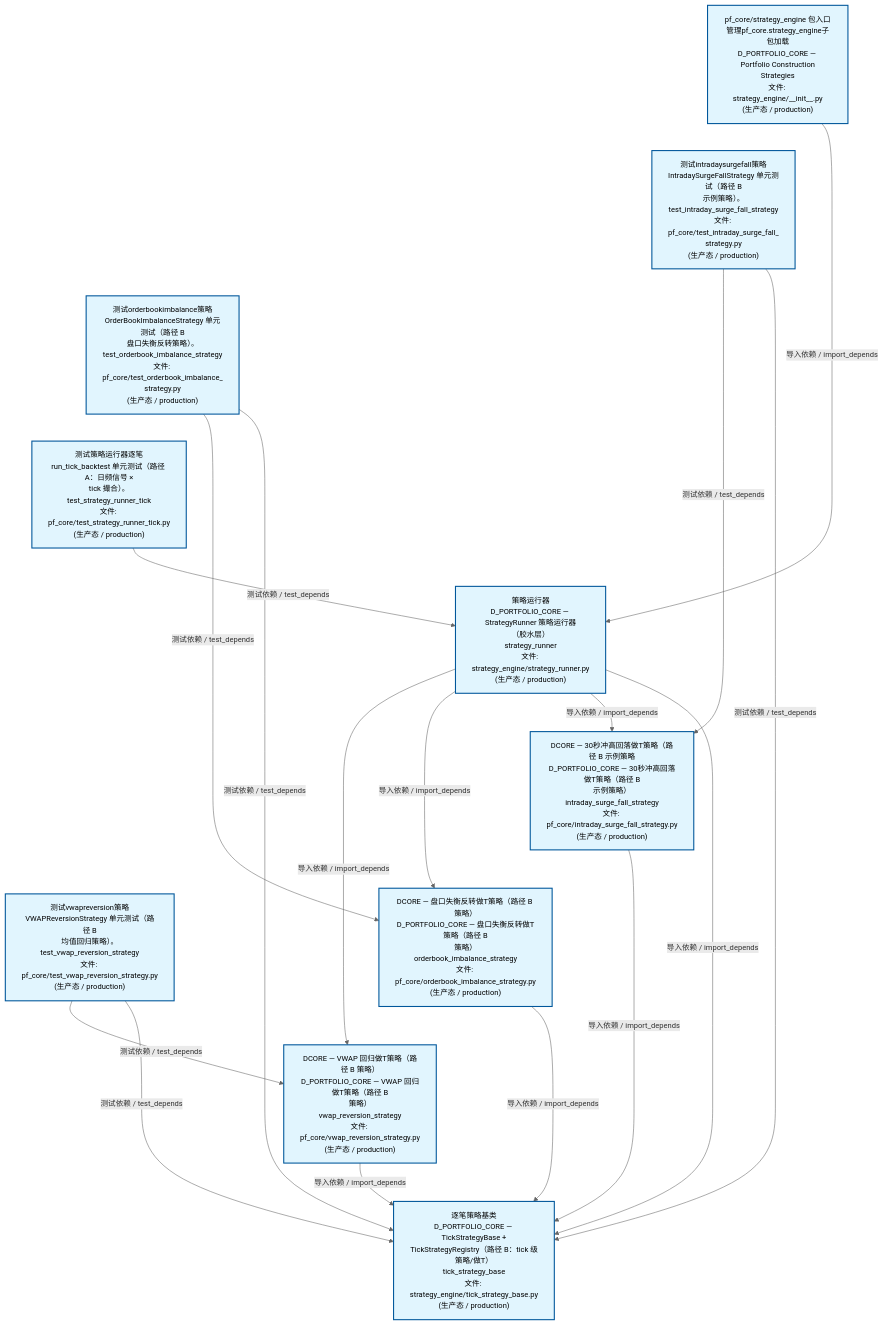
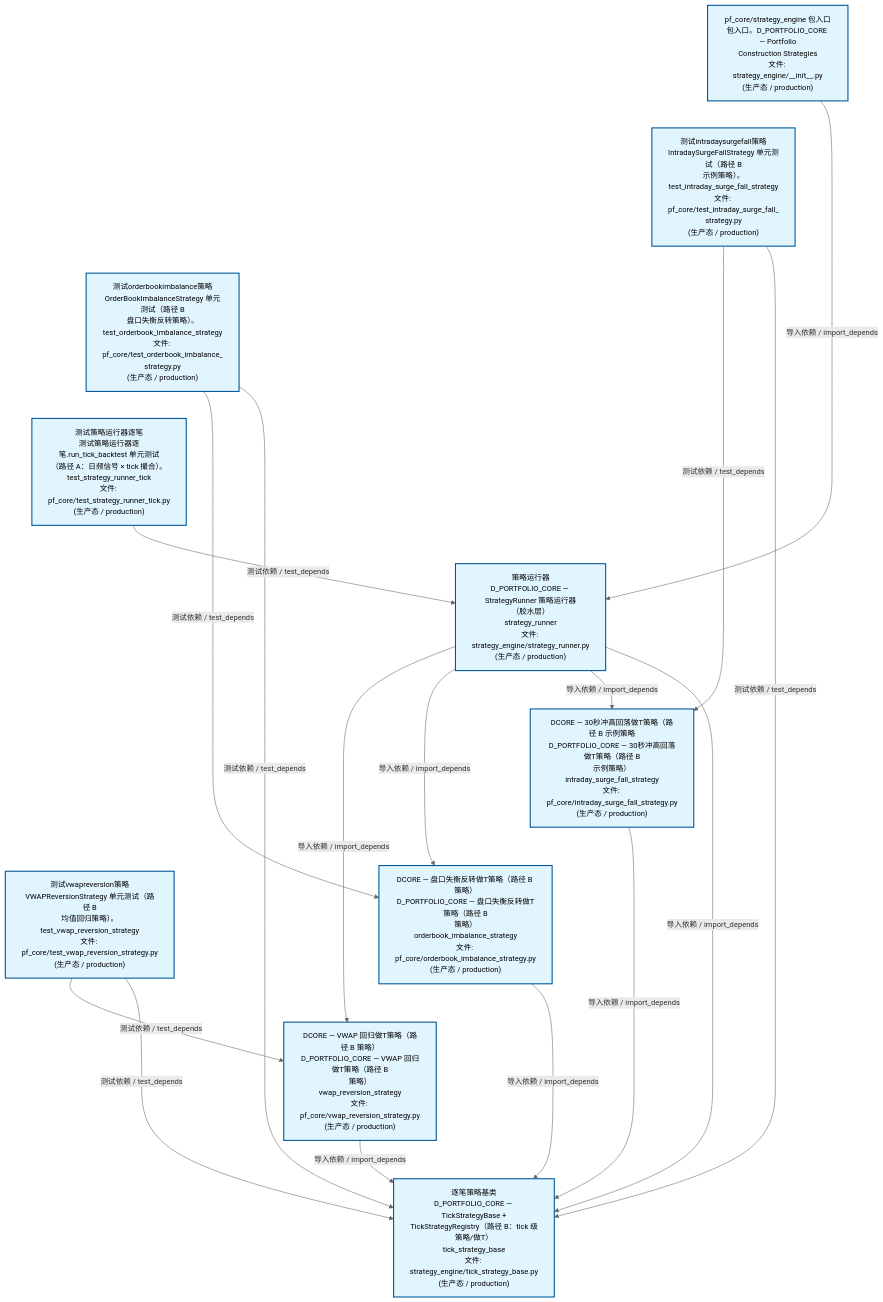
Before and after one commit to xuanFelixVan/ZephyrAlpha: the second of 4 diagrams in docs/02_enterprise_architecture/02_domain_architecture_docs/63_d_pf_core.md, drawn with Mermaid. The commit also changed other lines of this file and 56 other files, not shown here.

````diff
--- a/docs/02_enterprise_architecture/02_domain_architecture_docs/63_d_pf_core.md
+++ b/docs/02_enterprise_architecture/02_domain_architecture_docs/63_d_pf_core.md
@@ -136,40 +136,40 @@
 ```mermaid
 %%{init: {'theme': 'base', 'themeVariables': {'primaryColor': '#eaeaea', 'primaryTextColor': '#333333', 'primaryBorderColor': '#666666', 'lineColor': '#666666', 'secondaryColor': '#eaeaea', 'tertiaryColor': '#eaeaea', 'fontSize': '14px'}}}%%
 flowchart TD
-    src_zephyr_pf_core_strategy_engine_init_py["pf_core/strategy_engine 包入口<br/>管理pf_core.strategy_engine子包加载<br/>D_PORTFOLIO_CORE — Portfolio Construction<br/>Strategies<br/>文件: strategy_engine/__init__.py<br/>(生产态 / production)"]
+    src_zephyr_pf_core_strategy_engine_init_py["pf_core/strategy_engine 包入口<br/>包入口。D_PORTFOLIO_CORE — Portfolio<br/>Construction Strategies<br/>文件: strategy_engine/__init__.py<br/>(生产态 / production)"]
     tests_pf_core_test_intraday_surge_fall_strategy_py["测试intradaysurgefall策略<br/>IntradaySurgeFallStrategy 单元测试（路径 B<br/>示例策略）。<br/>test_intraday_surge_fall_strategy<br/>文件: pf_core/test_intraday_surge_fall_<br/>strategy.py<br/>(生产态 / production)"]
     tests_pf_core_test_orderbook_imbalance_strategy_py["测试orderbookimbalance策略<br/>OrderBookImbalanceStrategy 单元测试（路径 B<br/>盘口失衡反转策略）。<br/>test_orderbook_imbalance_strategy<br/>文件: pf_core/test_orderbook_imbalance_<br/>strategy.py<br/>(生产态 / production)"]
-    tests_pf_core_test_strategy_runner_tick_py["测试策略运行器逐笔<br/>run_tick_backtest 单元测试（路径 A：日频信号 ×<br/>tick 撮合）。<br/>test_strategy_runner_tick<br/>文件: pf_core/test_strategy_runner_tick.py<br/>(生产态 / production)"]
+    tests_pf_core_test_strategy_runner_tick_py["测试策略运行器逐笔<br/>测试策略运行器逐笔.run_tick_backtest 单元测试<br/>（路径 A：日频信号 × tick 撮合）。<br/>test_strategy_runner_tick<br/>文件: pf_core/test_strategy_runner_tick.py<br/>(生产态 / production)"]
     tests_pf_core_test_vwap_reversion_strategy_py["测试vwapreversion策略<br/>VWAPReversionStrategy 单元测试（路径 B<br/>均值回归策略）。<br/>test_vwap_reversion_strategy<br/>文件: pf_core/test_vwap_reversion_strategy.py<br/>(生产态 / production)"]
     src_zephyr_pf_core_strategy_engine_init_py ~~~ tests_pf_core_test_intraday_surge_fall_strategy_py
     tests_pf_core_test_intraday_surge_fall_strategy_py ~~~ tests_pf_core_test_orderbook_imbalance_strategy_py
     tests_pf_core_test_orderbook_imbalance_strategy_py ~~~ tests_pf_core_test_strategy_runner_tick_py
     tests_pf_core_test_strategy_runner_tick_py ~~~ tests_pf_core_test_vwap_reversion_strategy_py
     src_zephyr_pf_core_strategy_engine_strategy_runner_py["策略运行器<br/>D_PORTFOLIO_CORE — StrategyRunner 策略运行器<br/>（胶水层）<br/>strategy_runner<br/>文件: strategy_engine/strategy_runner.py<br/>(生产态 / production)"]
     src_zephyr_pf_core_intraday_surge_fall_strategy_py["DCORE — 30秒冲高回落做T策略（路径 B 示例策略<br/>D_PORTFOLIO_CORE — 30秒冲高回落做T策略（路径 B<br/>示例策略）<br/>intraday_surge_fall_strategy<br/>文件: pf_core/intraday_surge_fall_strategy.py<br/>(生产态 / production)"]
     src_zephyr_pf_core_orderbook_imbalance_strategy_py["DCORE — 盘口失衡反转做T策略（路径 B 策略）<br/>D_PORTFOLIO_CORE — 盘口失衡反转做T策略（路径 B<br/>策略）<br/>orderbook_imbalance_strategy<br/>文件: pf_core/orderbook_imbalance_strategy.py<br/>(生产态 / production)"]
     src_zephyr_pf_core_vwap_reversion_strategy_py["DCORE — VWAP 回归做T策略（路径 B 策略）<br/>D_PORTFOLIO_CORE — VWAP 回归做T策略（路径 B<br/>策略）<br/>vwap_reversion_strategy<br/>文件: pf_core/vwap_reversion_strategy.py<br/>(生产态 / production)"]
     src_zephyr_pf_core_intraday_surge_fall_strategy_py ~~~ src_zephyr_pf_core_orderbook_imbalance_strategy_py
     src_zephyr_pf_core_orderbook_imbalance_strategy_py ~~~ src_zephyr_pf_core_vwap_reversion_strategy_py
     src_zephyr_pf_core_strategy_engine_tick_strategy_base_py["逐笔策略基类<br/>D_PORTFOLIO_CORE — TickStrategyBase +<br/>TickStrategyRegistry（路径 B：tick 级策略/做T）<br/>tick_strategy_base<br/>文件: strategy_engine/tick_strategy_base.py<br/>(生产态 / production)"]
     src_zephyr_pf_core_vwap_reversion_strategy_py -->|导入依赖 / import_depends| src_zephyr_pf_core_strategy_engine_tick_strategy_base_py
     src_zephyr_pf_core_orderbook_imbalance_strategy_py -->|导入依赖 / import_depends| src_zephyr_pf_core_strategy_engine_tick_strategy_base_py
     src_zephyr_pf_core_intraday_surge_fall_strategy_py -->|导入依赖 / import_depends| src_zephyr_pf_core_strategy_engine_tick_strategy_base_py
     src_zephyr_pf_core_strategy_engine_init_py -->|导入依赖 / import_depends| src_zephyr_pf_core_strategy_engine_strategy_runner_py
     src_zephyr_pf_core_strategy_engine_strategy_runner_py -->|导入依赖 / import_depends| src_zephyr_pf_core_vwap_reversion_strategy_py
     src_zephyr_pf_core_strategy_engine_strategy_runner_py -->|导入依赖 / import_depends| src_zephyr_pf_core_orderbook_imbalance_strategy_py
     src_zephyr_pf_core_strategy_engine_strategy_runner_py -->|导入依赖 / import_depends| src_zephyr_pf_core_intraday_surge_fall_strategy_py
     src_zephyr_pf_core_strategy_engine_strategy_runner_py -->|导入依赖 / import_depends| src_zephyr_pf_core_strategy_engine_tick_strategy_base_py
     tests_pf_core_test_intraday_surge_fall_strategy_py -->|测试依赖 / test_depends| src_zephyr_pf_core_intraday_surge_fall_strategy_py
     tests_pf_core_test_intraday_surge_fall_strategy_py -->|测试依赖 / test_depends| src_zephyr_pf_core_strategy_engine_tick_strategy_base_py
     tests_pf_core_test_orderbook_imbalance_strategy_py -->|测试依赖 / test_depends| src_zephyr_pf_core_orderbook_imbalance_strategy_py
     tests_pf_core_test_orderbook_imbalance_strategy_py -->|测试依赖 / test_depends| src_zephyr_pf_core_strategy_engine_tick_strategy_base_py
     tests_pf_core_test_strategy_runner_tick_py -->|测试依赖 / test_depends| src_zephyr_pf_core_strategy_engine_strategy_runner_py
     tests_pf_core_test_vwap_reversion_strategy_py -->|测试依赖 / test_depends| src_zephyr_pf_core_vwap_reversion_strategy_py
     tests_pf_core_test_vwap_reversion_strategy_py -->|测试依赖 / test_depends| src_zephyr_pf_core_strategy_engine_tick_strategy_base_py
     classDef production fill:#e1f5fe,stroke:#01579b,stroke-width:2px,color:#000
     classDef design fill:#fff3e0,stroke:#e65100,stroke-width:2px,color:#000,stroke-dasharray: 5 5
     classDef external_prod fill:#e8f4fd,stroke:#0277bd,stroke-width:1px,color:#000
     classDef external_design fill:#fff8e7,stroke:#ef6c00,stroke-width:1px,color:#000,stroke-dasharray: 5 5
     class src_zephyr_pf_core_intraday_surge_fall_strategy_py,src_zephyr_pf_core_orderbook_imbalance_strategy_py,src_zephyr_pf_core_strategy_engine_init_py,src_zephyr_pf_core_strategy_engine_strategy_runner_py,src_zephyr_pf_core_strategy_engine_tick_strategy_base_py,src_zephyr_pf_core_vwap_reversion_strategy_py,tests_pf_core_test_intraday_surge_fall_strategy_py,tests_pf_core_test_orderbook_imbalance_strategy_py,tests_pf_core_test_strategy_runner_tick_py,tests_pf_core_test_vwap_reversion_strategy_py production
 ```
````
